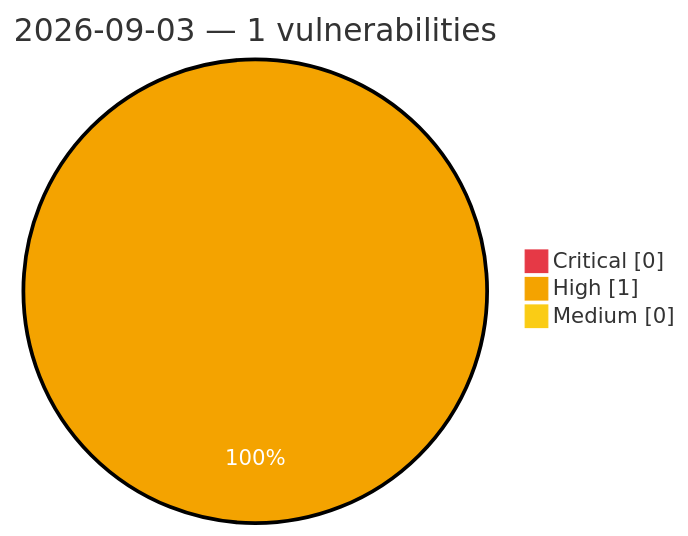
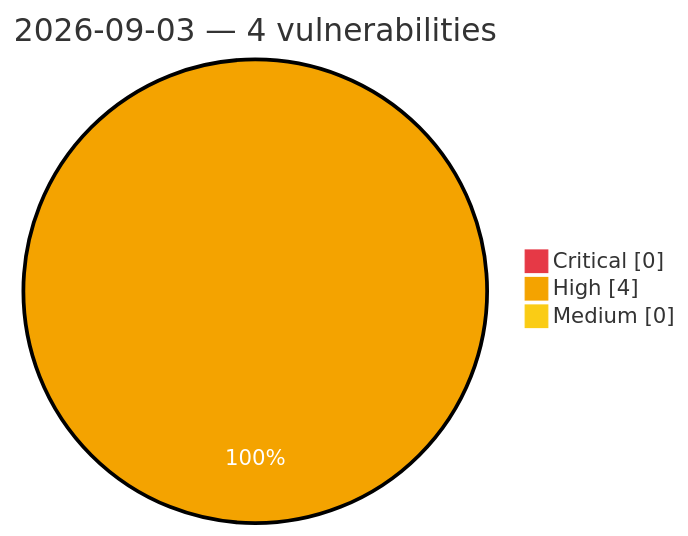
One commit to GhostX0X/vuln-tracker changed the diagram in vulnerabilities/2026/September/2026-09-03.md. Above: the diagram before and after it, drawn with Mermaid. The commit also changed other lines of this file and 5 other files, not shown here.

````diff
--- a/vulnerabilities/2026/September/2026-09-03.md
+++ b/vulnerabilities/2026/September/2026-09-03.md
@@ -3,8 +3,8 @@
 ```mermaid
 %%{init: {'theme':'base', 'themeVariables': {'pie1':'#e63946', 'pie2':'#f4a300', 'pie3':'#facc15', 'pieOpacity':'1', 'pieOuterStrokeWidth':'2px', 'pieSectionTextColor':'#ffffff'}}}%%
 pie showData
-    title 2026-09-03 — 1 vulnerabilities
+    title 2026-09-03 — 4 vulnerabilities
     "Critical" : 0
-    "High" : 1
+    "High" : 4
     "Medium" : 0
 ```
````
